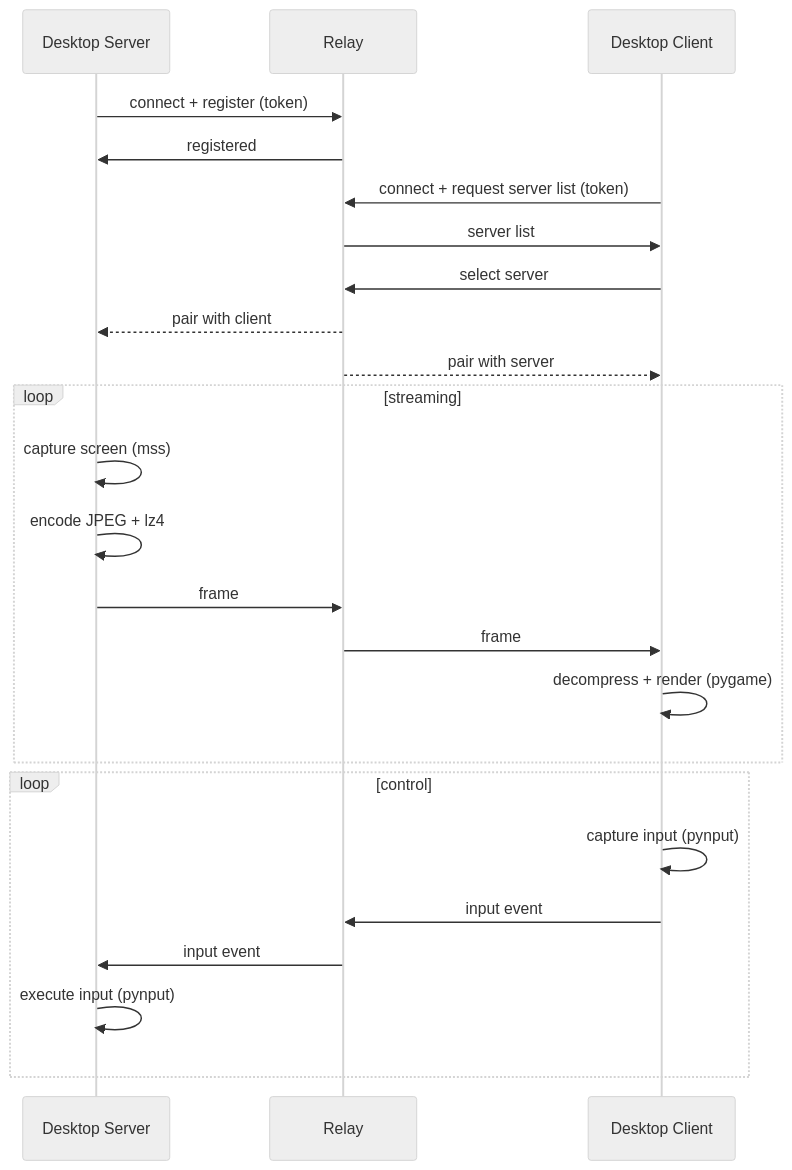
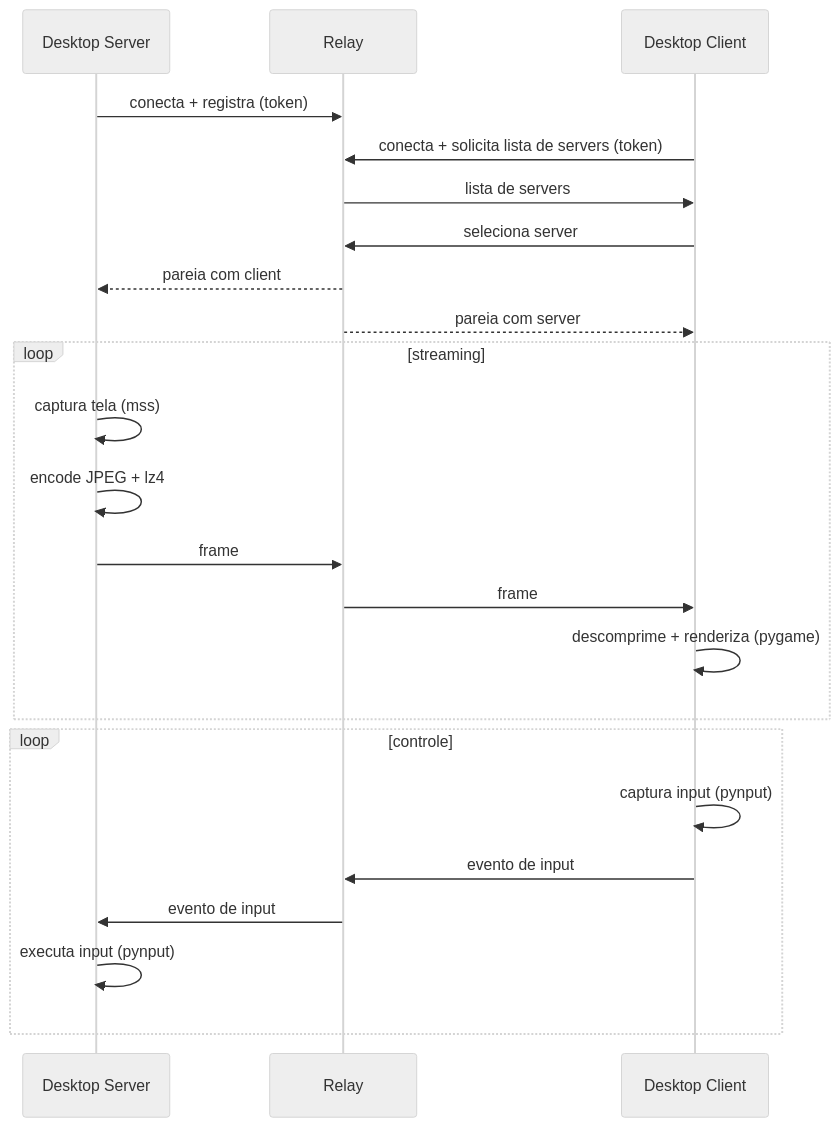
The diagram in README.md (fabricioguidine/remote-desk), drawn with Mermaid (neutral theme) before and after one commit. The commit also changed other lines of this file and 2 other files, not shown here.

````diff
--- a/README.md
+++ b/README.md
@@ -71,29 +34,28 @@
 ```mermaid
 sequenceDiagram
     participant S as Desktop Server
     participant R as Relay
     participant C as Desktop Client
 
-    S->>R: connect + register (token)
-    R->>S: registered
-    C->>R: connect + request server list (token)
-    R->>C: server list
-    C->>R: select server
-    R-->>S: pair with client
-    R-->>C: pair with server
+    S->>R: conecta + registra (token)
+    C->>R: conecta + solicita lista de servers (token)
+    R->>C: lista de servers
+    C->>R: seleciona server
+    R-->>S: pareia com client
+    R-->>C: pareia com server
 
     loop streaming
-        S->>S: capture screen (mss)
+        S->>S: captura tela (mss)
         S->>S: encode JPEG + lz4
         S->>R: frame
         R->>C: frame
-        C->>C: decompress + render (pygame)
+        C->>C: descomprime + renderiza (pygame)
     end
 
-    loop control
-        C->>C: capture input (pynput)
-        C->>R: input event
-        R->>S: input event
-        S->>S: execute input (pynput)
+    loop controle
+        C->>C: captura input (pynput)
+        C->>R: evento de input
+        R->>S: evento de input
+        S->>S: executa input (pynput)
     end
 ```
````
